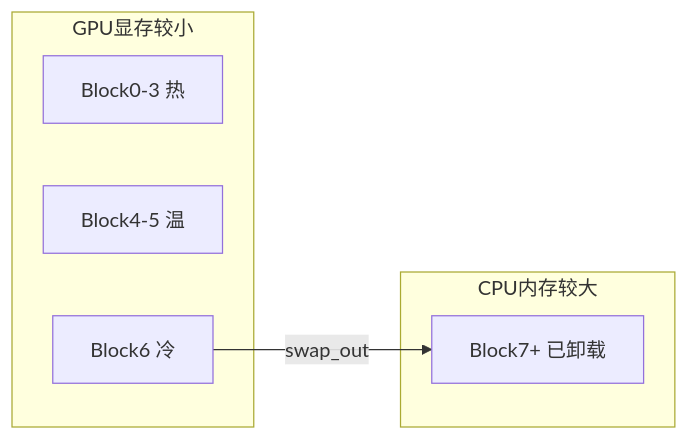
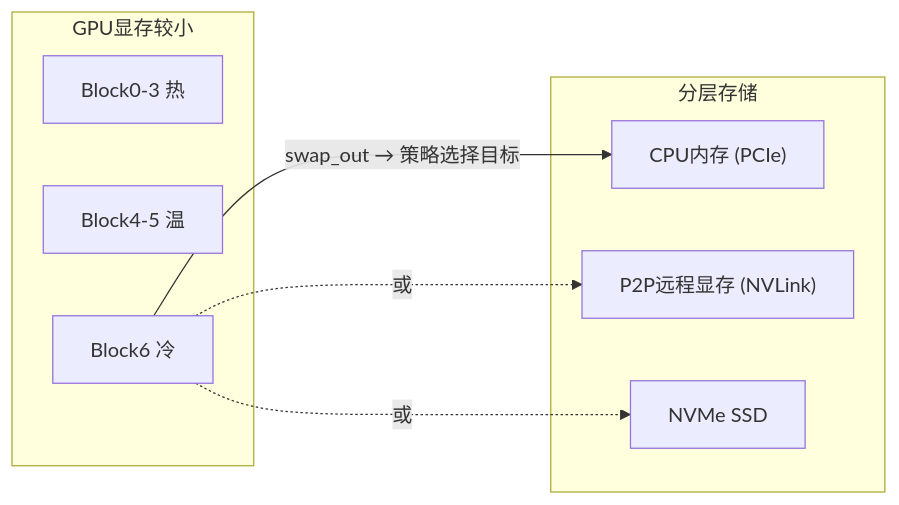
The second of 2 diagrams in vllm-learning-path/07-高级特性/05-量化与KV卸载.md (keyuanweb/ai-learning-path), drawn with Mermaid before and after one commit. The commit also changed other lines of this file and 17 other files, not shown here.

First line of the commit message:
docs: 更新 vllm-learning-path 至 v0.16.0rc1，新增架构图与 Phase 8/9/10

````diff
--- a/vllm-learning-path/07-高级特性/05-量化与KV卸载.md
+++ b/vllm-learning-path/07-高级特性/05-量化与KV卸载.md
@@ -59,12 +83,16 @@
 ```mermaid
 flowchart LR
   subgraph gpuMem["GPU显存较小"]
     hot["Block0-3 热"]
     warm["Block4-5 温"]
     cold["Block6 冷"]
   end
-  subgraph cpuMem["CPU内存较大"]
-    off["Block7+ 已卸载"]
+  subgraph tiered["分层存储"]
+    cpuMem["CPU内存 (PCIe)"]
+    p2pMem["P2P远程显存 (NVLink)"]
+    fsStorage["NVMe SSD"]
   end
-  cold -->|"swap_out"| off
+  cold -->|"swap_out → 策略选择目标"| cpuMem
+  cold -.->|"或"| p2pMem
+  cold -.->|"或"| fsStorage
 ```
````
